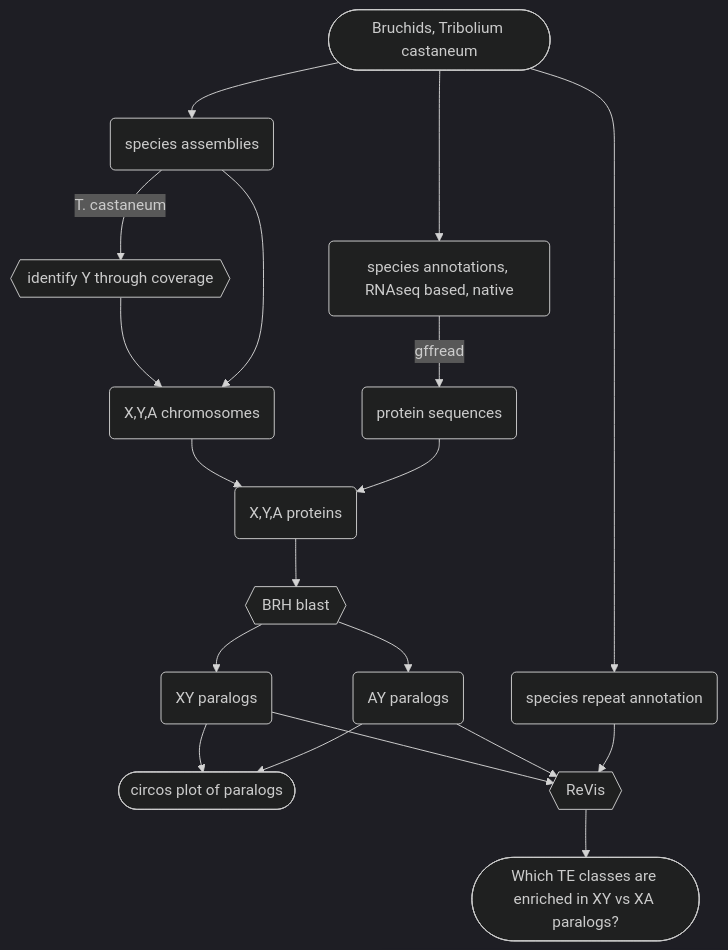
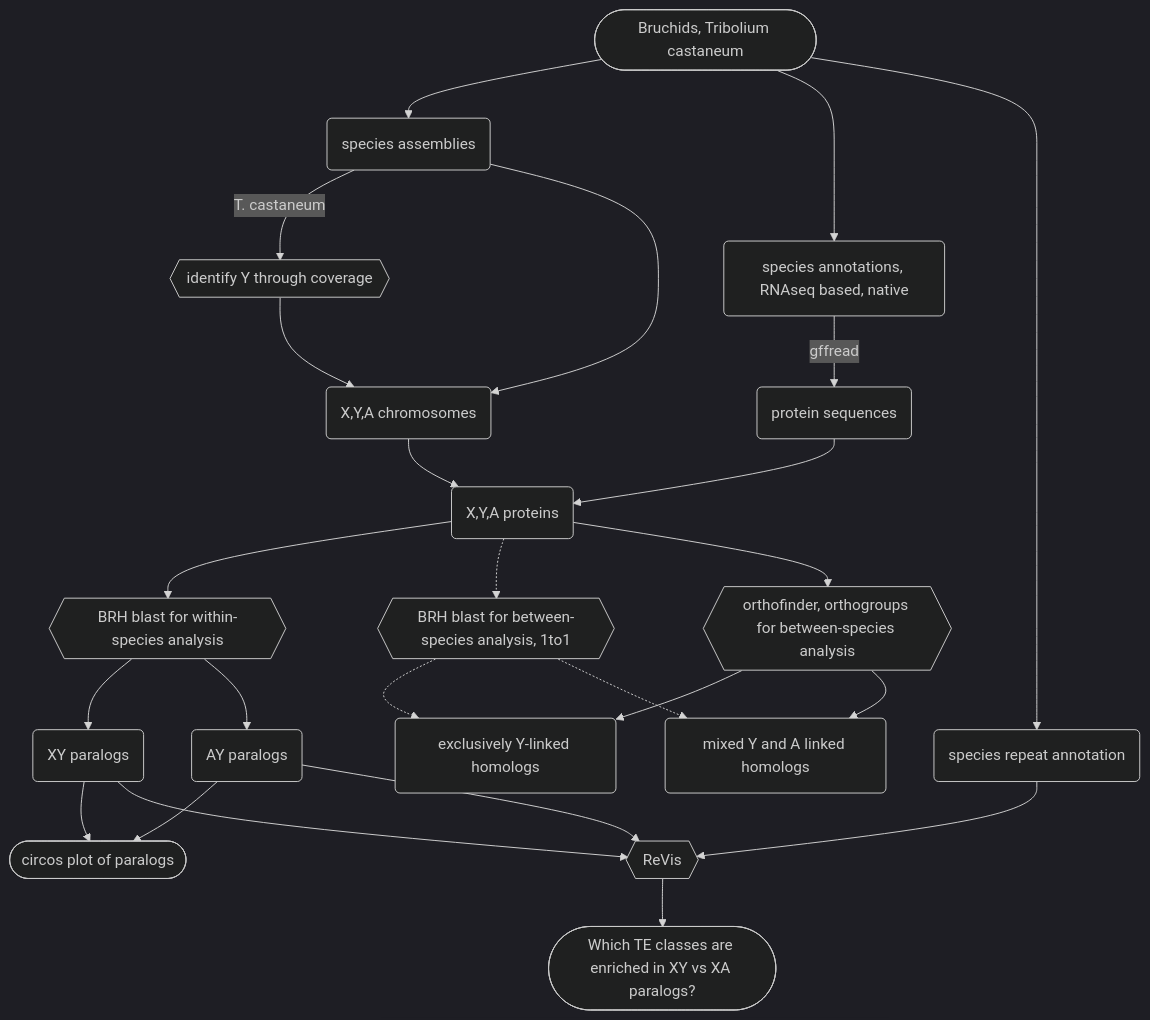
One commit to milena-t/PhD_chapter2 changed the diagram in README.md. Above: the diagram before and after it, drawn with Mermaid (dark theme).

````diff
--- a/README.md
+++ b/README.md
@@ -9,31 +9,41 @@
 ```mermaid
 graph TD;
 
     species([Bruchids, Tribolium castaneum]);
 
     species --> species_Ass(species assemblies);
     species --> species_Ann(species annotations, RNAseq based, native);
     species --> species_rep(species repeat annotation)
     species_Ass -- T. castaneum --> Tcas_Y_chr{{identify Y through coverage}};
     Tcas_Y_chr --> all_chr(X,Y,A chromosomes);
     species_Ass --> all_chr;
 
     species_Ann -- gffread --> proteins(protein sequences);
-    blast{{BRH blast}};
+    blast{{BRH blast for within-species analysis}};
+    blast_between{{BRH blast for between-species analysis, 1to1}};
+    orthofinder{{orthofinder, orthogroups for between-species analysis}};
 
     all_chr --> all_prot(X,Y,A proteins);
     proteins --> all_prot;
+
     all_prot --> blast;
-
     blast --> xy(XY paralogs);
     blast --> ay(AY paralogs);
+
+    all_prot .-> blast_between;
+    blast_between .-> Y_hom(exclusively Y-linked homologs);
+    blast_between .-> YA_hom(mixed Y and A linked homologs);
+
+    all_prot --> orthofinder;
+    orthofinder --> Y_hom(exclusively Y-linked homologs);
+    orthofinder --> YA_hom(mixed Y and A linked homologs);
 
     xy --> circos([circos plot of paralogs]);
     ay --> circos;
 
     xy --> revis{{ReVis}};
     ay --> revis;
     species_rep --> revis;
 
     revis --> questions([Which TE classes are enriched in XY vs XA paralogs?])
 ```   
````
